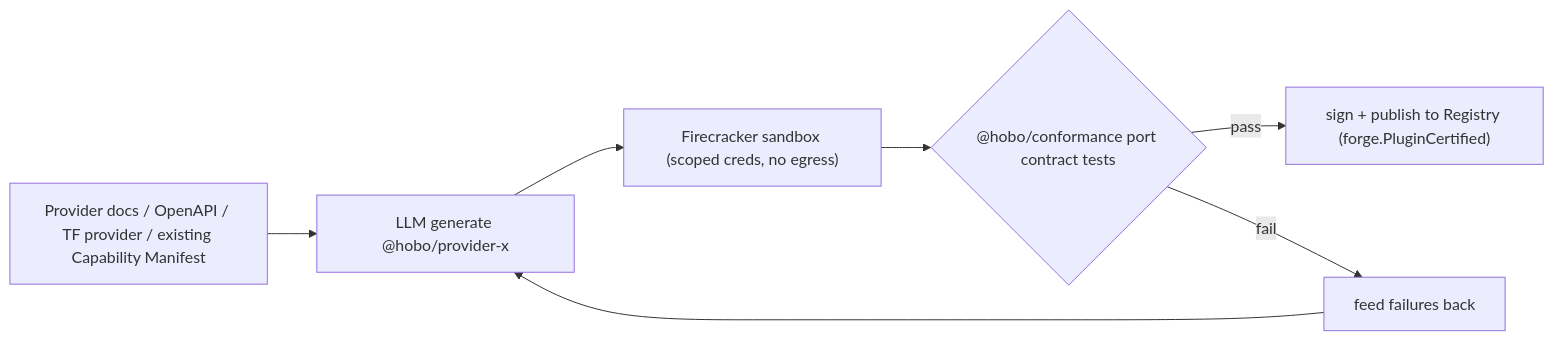
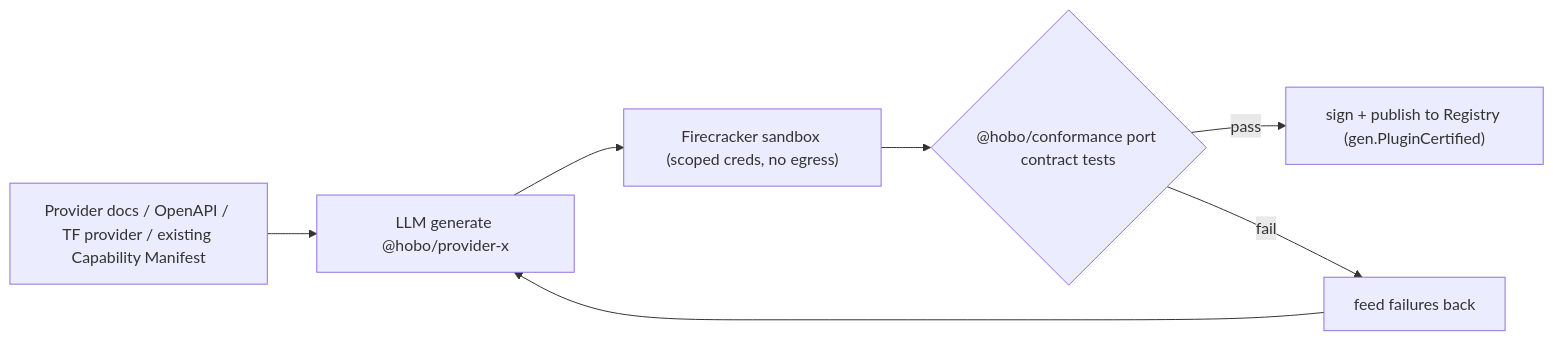
The second of 3 diagrams in docs/design/ai-native-agent-auth.md (Tyler-R-Kendrick/HoBo), drawn with Mermaid before and after one commit. The commit also changed other lines of this file and 31 other files, not shown here.

````diff
--- a/docs/design/ai-native-agent-auth.md
+++ b/docs/design/ai-native-agent-auth.md
@@ -149,9 +149,9 @@
 ```mermaid
 flowchart LR
   SRC["Provider docs / OpenAPI / TF provider / existing Capability Manifest"] --> GEN["LLM generate @hobo/provider-x"]
   GEN --> SBX["Firecracker sandbox (scoped creds, no egress)"]
   SBX --> CONF{"@hobo/conformance port contract tests"}
-  CONF -->|pass| SIGN["sign + publish to Registry (forge.PluginCertified)"]
+  CONF -->|pass| SIGN["sign + publish to Registry (gen.PluginCertified)"]
   CONF -->|fail| FIX["feed failures back"]
   FIX --> GEN
 ```
````
